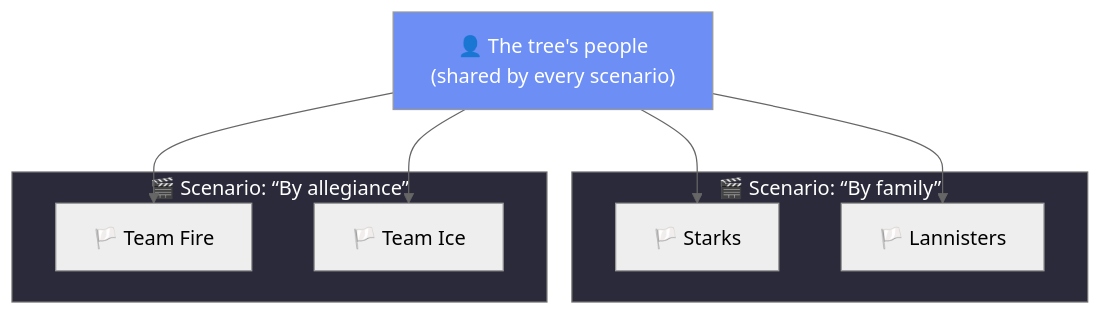
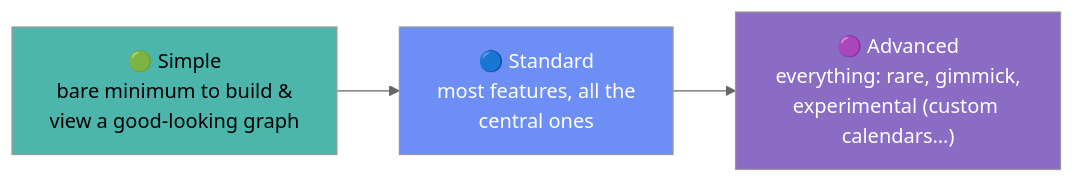
One commit to TommyChan6/ModernFamilyTree changed the ninth of 11 diagrams in docs/client-structure.md. Above: the diagram before and after it, drawn with Mermaid (neutral theme). The commit also changed other lines of this file and 7 other files, not shown here.

````diff
--- a/docs/client-structure.md
+++ b/docs/client-structure.md
@@ -183,19 +236,7 @@
 ```mermaid
-flowchart TD
-    People["👤 The tree's people<br/>(shared by every scenario)"]
-
-    subgraph SA["🎬 Scenario: “By family”"]
-        FA1["🏳️ Starks"]
-        FA2["🏳️ Lannisters"]
-    end
-    subgraph SB["🎬 Scenario: “By allegiance”"]
-        FB1["🏳️ Team Fire"]
-        FB2["🏳️ Team Ice"]
-    end
-
-    People --> FA1 & FA2 & FB1 & FB2
-
-    style People fill:#6c8ef5,color:#fff
-    style SA fill:#2a2a3a,color:#fff
-    style SB fill:#2a2a3a,color:#fff
+flowchart LR
+    S["🟢 Simple<br/>bare minimum to build &<br/>view a good-looking graph"] --> D["🔵 Standard<br/>most features, all the<br/>central ones"] --> A["🟣 Advanced<br/>everything: rare, gimmick,<br/>experimental (custom calendars…)"]
+    style S fill:#4db6ac,color:#000
+    style D fill:#6c8ef5,color:#fff
+    style A fill:#8b6cc5,color:#fff
 ```
````
